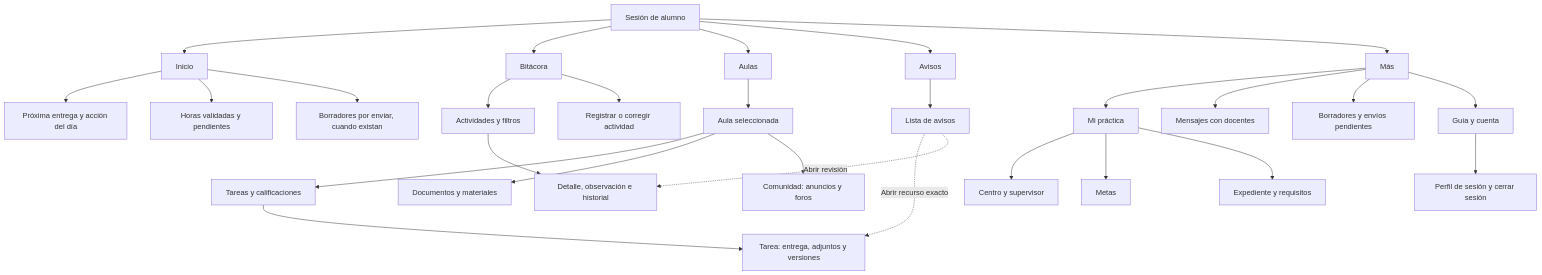
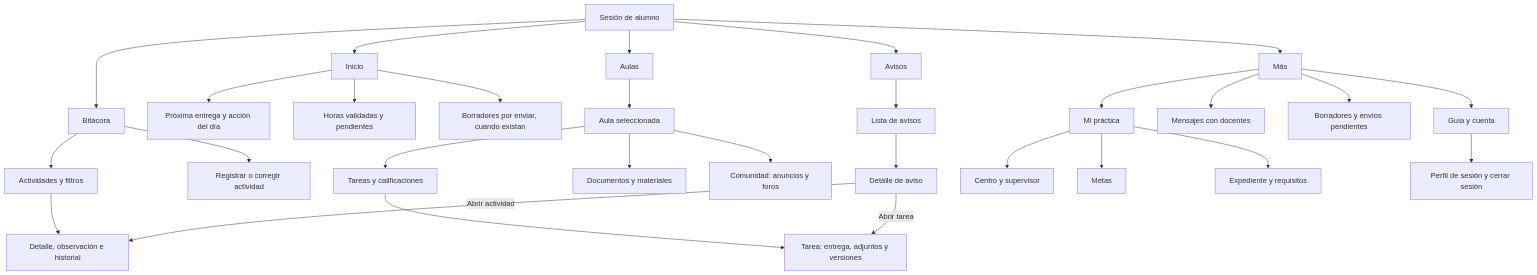
One commit to rodrigo-viza-dev/appSSP changed the diagram in docs/MAPA-NAVEGACION.md. Above: the diagram before and after it, drawn with Mermaid. The commit also changed other lines of this file and 11 other files, not shown here.

````diff
--- a/docs/MAPA-NAVEGACION.md
+++ b/docs/MAPA-NAVEGACION.md
@@ -9,35 +9,36 @@
 ```mermaid
 flowchart TD
     IN["Sesión de alumno"] --> H["Inicio"]
     IN --> B["Bitácora"]
     IN --> A["Aulas"]
     IN --> N["Avisos"]
     IN --> M["Más"]
 
     H --> H1["Próxima entrega y acción del día"]
     H --> H2["Horas validadas y pendientes"]
     H --> H3["Borradores por enviar, cuando existan"]
 
     B --> B1["Actividades y filtros"]
     B1 --> B2["Detalle, observación e historial"]
     B --> B3["Registrar o corregir actividad"]
 
     A --> A1["Aula seleccionada"]
     A1 --> A2["Tareas y calificaciones"]
     A2 --> A3["Tarea: entrega, adjuntos y versiones"]
     A1 --> A4["Documentos y materiales"]
     A1 --> A5["Comunidad: anuncios y foros"]
 
     N --> N1["Lista de avisos"]
-    N1 -.->|"Abrir recurso exacto"| A3
-    N1 -.->|"Abrir revisión"| B2
+    N1 --> N2["Detalle de aviso"]
+    N2 -->|"Abrir tarea"| A3
+    N2 -->|"Abrir actividad"| B2
 
     M --> M1["Mi práctica"]
     M1 --> M11["Centro y supervisor"]
     M1 --> M12["Metas"]
     M1 --> M13["Expediente y requisitos"]
     M --> M2["Mensajes con docentes"]
     M --> M3["Borradores y envíos pendientes"]
     M --> M4["Guía y cuenta"]
     M4 --> M41["Perfil de sesión y cerrar sesión"]
 ```
````
